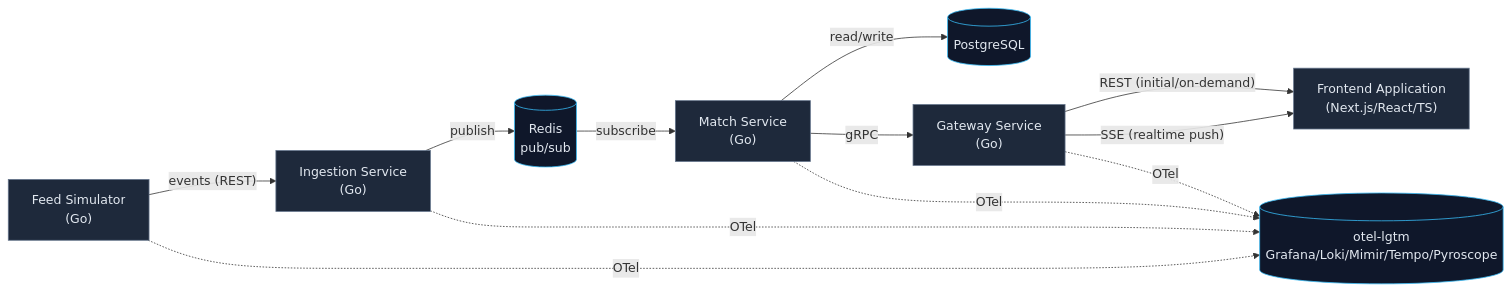
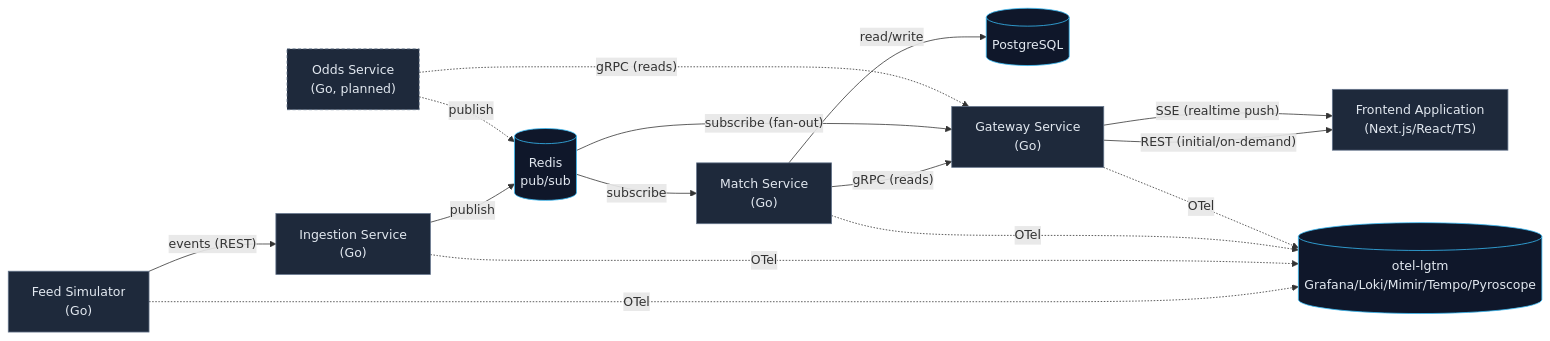
The diagram in docs/ARCHITECTURE.md (AndoNorth/match-flow), drawn with Mermaid before and after one commit. The commit also changed other lines of this file and 39 other files, not shown here.

First line of the commit message:
feat(gateway): [#10,#4,#9] scaffold Gateway Service and add Match Service gRPC API (#10)

````diff
--- a/docs/ARCHITECTURE.md
+++ b/docs/ARCHITECTURE.md
@@ -20,21 +20,27 @@
 ```mermaid
 flowchart LR
     FS["Feed Simulator<br/>(Go)"] -- "events (REST)" --> ING["Ingestion Service<br/>(Go)"]
     ING -- "publish" --> REDIS[("Redis<br/>pub/sub")]
     REDIS -- "subscribe" --> MATCH["Match Service<br/>(Go)"]
     MATCH -- "read/write" --> PG[("PostgreSQL")]
-    MATCH -- "gRPC" --> GW["Gateway Service<br/>(Go)"]
+    MATCH -- "gRPC (reads)" --> GW["Gateway Service<br/>(Go)"]
+    REDIS -- "subscribe (fan-out)" --> GW
     GW -- "REST (initial/on-demand)" --> FE["Frontend Application<br/>(Next.js/React/TS)"]
     GW -- "SSE (realtime push)" --> FE
+
+    ODDS["Odds Service<br/>(Go, planned)"] -. "publish" .-> REDIS
+    ODDS -. "gRPC (reads)" .-> GW
 
     FS -.->|OTel| OBS
     ING -.->|OTel| OBS
     MATCH -.->|OTel| OBS
     GW -.->|OTel| OBS
     OBS[("otel-lgtm<br/>Grafana/Loki/Mimir/Tempo/Pyroscope")]
 
     classDef svc fill:#1e293b,stroke:#64748b,color:#e2e8f0;
     classDef infra fill:#0f172a,stroke:#38bdf8,color:#e2e8f0;
+    classDef planned fill:#1e293b,stroke:#64748b,color:#e2e8f0,stroke-dasharray: 4 3;
     class FS,ING,MATCH,GW,FE svc;
     class REDIS,PG,OBS infra;
+    class ODDS planned;
 ```
````
